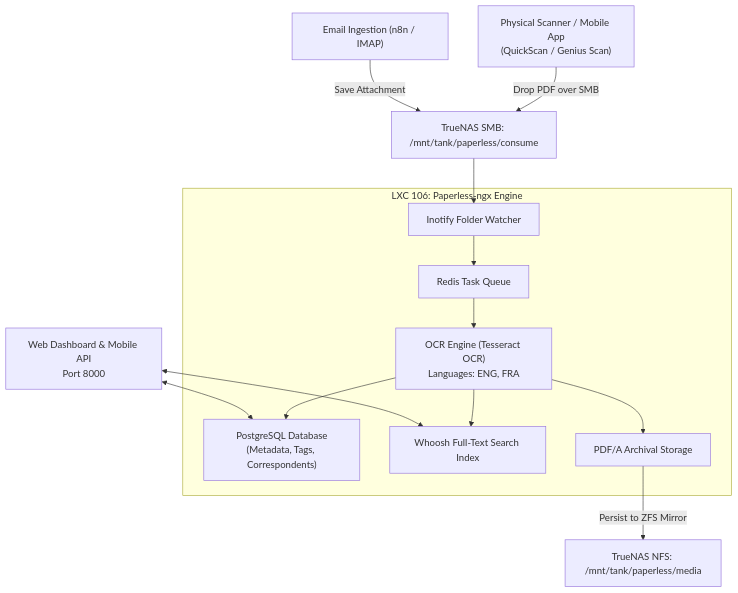
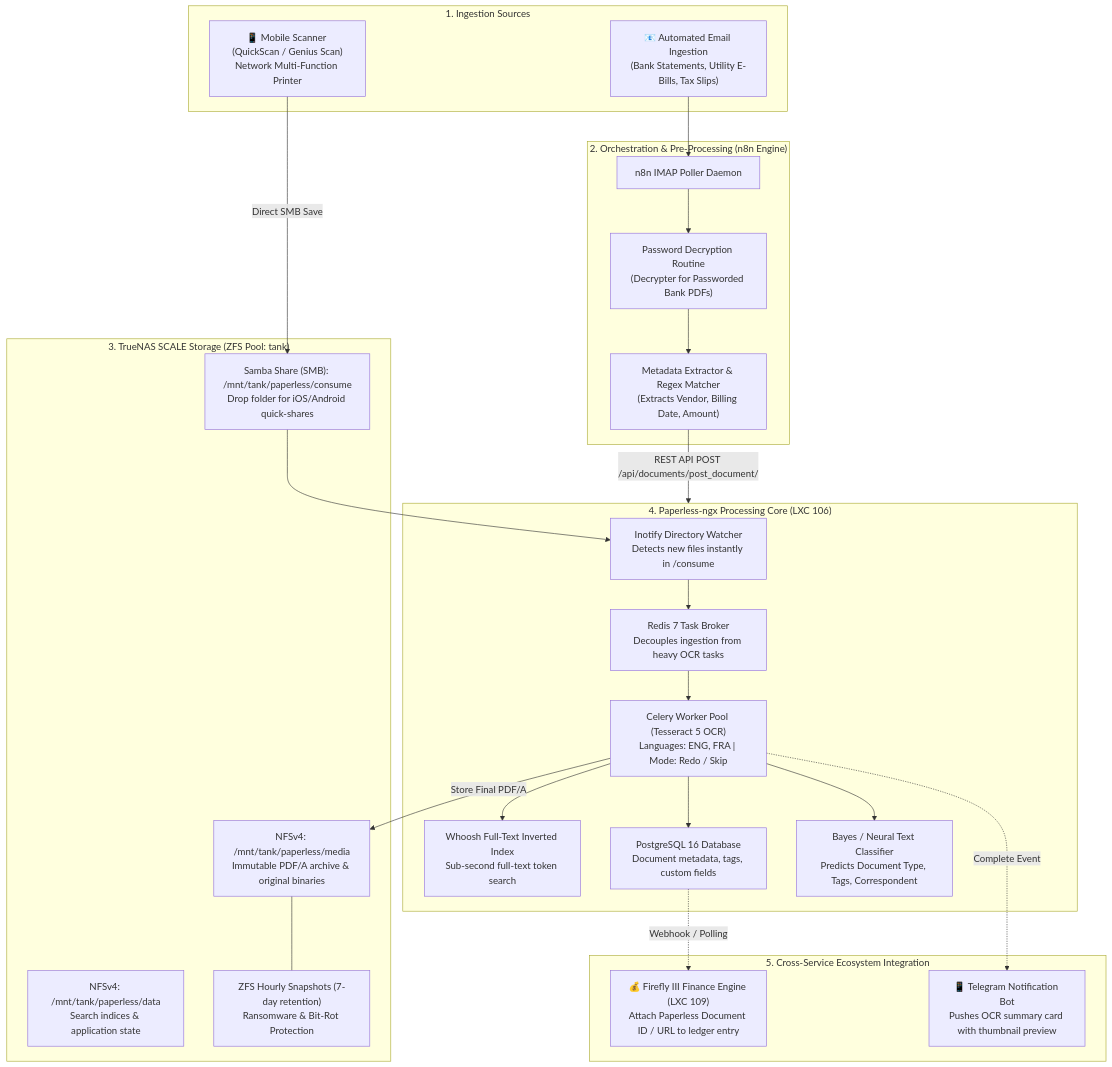
Before and after one commit to nishilshah/homelab-blueprints: the diagram in services/paperless-ngx/README.md, drawn with Mermaid. The commit also changed other lines of this file and 12 other files, not shown here.

Commit message:
docs: enrich all service blueprints with deep architecture, cross-service linkages, and decision rationale

````diff
--- a/services/paperless-ngx/README.md
+++ b/services/paperless-ngx/README.md
@@ -23,19 +28,49 @@
 ```mermaid
 flowchart TD
-    Scan["Physical Scanner / Mobile App<br/>(QuickScan / Genius Scan)"] -->|Drop PDF over SMB| Consume["TrueNAS SMB: /mnt/tank/paperless/consume"]
-    Email["Email Ingestion (n8n / IMAP)"] -->|Save Attachment| Consume
-
-    subgraph PaperlessContainer ["LXC 106: Paperless-ngx Engine"]
-        ConsumeWatcher["Inotify Folder Watcher"] --> Redis["Redis Task Queue"]
-        Redis --> Worker["OCR Engine (Tesseract OCR)<br/>Languages: ENG, FRA"]
-        Worker --> DB["PostgreSQL Database<br/>(Metadata, Tags, Correspondents)"]
-        Worker --> Index["Whoosh Full-Text Search Index"]
-        Worker --> Archive["PDF/A Archival Storage"]
+    subgraph CaptureLayer ["1. Ingestion Sources"]
+        Scanner["📱 Mobile Scanner (QuickScan / Genius Scan)<br/>Network Multi-Function Printer"]
+        Email["📧 Automated Email Ingestion<br/>(Bank Statements, Utility E-Bills, Tax Slips)"]
     end
 
-    Consume --> ConsumeWatcher
-    Archive -->|Persist to ZFS Mirror| TrueNASMedia["TrueNAS NFS: /mnt/tank/paperless/media"]
+    subgraph n8nLayer ["2. Orchestration & Pre-Processing (n8n Engine)"]
+        IMAP["n8n IMAP Poller Daemon"]
+        Decrypt["Password Decryption Routine<br/>(Decrypter for Passworded Bank PDFs)"]
+        PreTag["Metadata Extractor & Regex Matcher<br/>(Extracts Vendor, Billing Date, Amount)"]
+        
+        Email --> IMAP --> Decrypt --> PreTag
+    end
 
-    UI["Web Dashboard & Mobile API<br/>Port 8000"] <--> DB
-    UI <--> Index
+    subgraph StorageLayer ["3. TrueNAS SCALE Storage (ZFS Pool: tank)"]
+        SMB["Samba Share (SMB): /mnt/tank/paperless/consume<br/>Drop folder for iOS/Android quick-shares"]
+        NFS_Data["NFSv4: /mnt/tank/paperless/data<br/>Search indices & application state"]
+        NFS_Media["NFSv4: /mnt/tank/paperless/media<br/>Immutable PDF/A archive & original binaries"]
+        ZFS_Snap["ZFS Hourly Snapshots (7-day retention)<br/>Ransomware & Bit-Rot Protection"]
+        
+        NFS_Media --- ZFS_Snap
+    end
+
+    subgraph PaperlessLXC ["4. Paperless-ngx Processing Core (LXC 106)"]
+        Inotify["Inotify Directory Watcher<br/>Detects new files instantly in /consume"]
+        RedisQ["Redis 7 Task Broker<br/>Decouples ingestion from heavy OCR tasks"]
+        WorkerPool["Celery Worker Pool (Tesseract 5 OCR)<br/>Languages: ENG, FRA | Mode: Redo / Skip"]
+        Whoosh["Whoosh Full-Text Inverted Index<br/>Sub-second full-text token search"]
+        Postgres["PostgreSQL 16 Database<br/>Document metadata, tags, custom fields"]
+        ML["Bayes / Neural Text Classifier<br/>Predicts Document Type, Tags, Correspondent"]
+        
+        Inotify --> RedisQ --> WorkerPool
+        WorkerPool --> Whoosh
+        WorkerPool --> Postgres
+        WorkerPool --> ML
+    end
+
+    subgraph CrossLinkage ["5. Cross-Service Ecosystem Integration"]
+        Firefly["💰 Firefly III Finance Engine (LXC 109)<br/>Attach Paperless Document ID / URL to ledger entry"]
+        TG["📱 Telegram Notification Bot<br/>Pushes OCR summary card with thumbnail preview"]
+    end
+
+    Scanner -->|Direct SMB Save| SMB --> Inotify
+    PreTag -->|REST API POST /api/documents/post_document/| PaperlessLXC
+    WorkerPool -->|Store Final PDF/A| NFS_Media
+    Postgres -.->|Webhook / Polling| Firefly
+    WorkerPool -.->|Complete Event| TG
 ```
````
